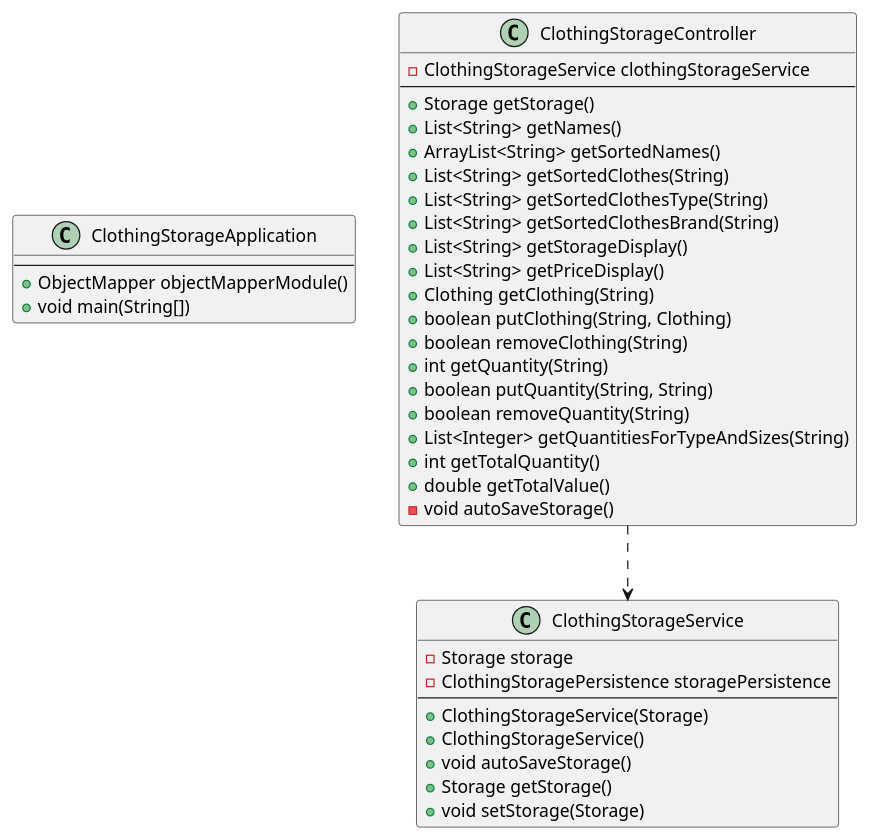
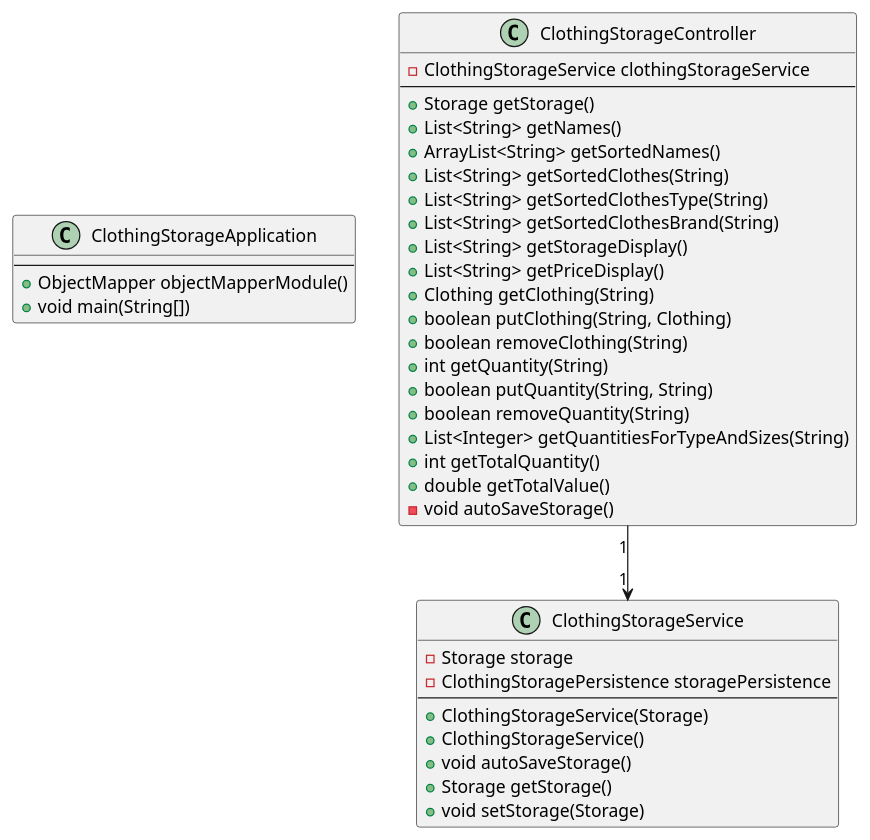
The diagram in docs/release3/diagrams/restserverClassDiagram.puml (olejacobmellgren/clothingStorage), drawn with PlantUML before and after one commit. The commit also changed 9 other files, not shown here.

First line of the commit message:
#39 made png of class-diagrams

```diff
--- a/docs/release3/diagrams/restserverClassDiagram.puml
+++ b/docs/release3/diagrams/restserverClassDiagram.puml
@@ -1,48 +1,48 @@
 @startuml restserver  
 
 class ClothingStorageApplication
 {
     --
     +ObjectMapper objectMapperModule()
     +void main(String[])
 }
 
 class ClothingStorageController
 {
     -ClothingStorageService clothingStorageService
     --
     +Storage getStorage()
     +List<String> getNames()
     +ArrayList<String> getSortedNames()
     +List<String> getSortedClothes(String)
     +List<String> getSortedClothesType(String)
     +List<String> getSortedClothesBrand(String)
     +List<String> getStorageDisplay()
     +List<String> getPriceDisplay()
     +Clothing getClothing(String)
     +boolean putClothing(String, Clothing)
     +boolean removeClothing(String)
     +int getQuantity(String)
     +boolean putQuantity(String, String)
     +boolean removeQuantity(String)
     +List<Integer> getQuantitiesForTypeAndSizes(String)
     +int getTotalQuantity()
     +double getTotalValue()
     -void autoSaveStorage()
 }
 
 class ClothingStorageService
 {
     -Storage storage
     -ClothingStoragePersistence storagePersistence
     --
     +ClothingStorageService(Storage)
     +ClothingStorageService()
     +void autoSaveStorage()
     +Storage getStorage()
     +void setStorage(Storage)
 }
 
-ClothingStorageController ..> ClothingStorageService
+ClothingStorageController "1" --> "1" ClothingStorageService
 
 @enduml
```
